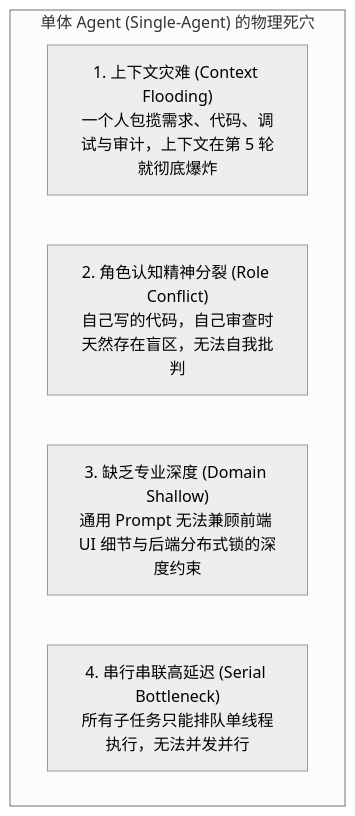
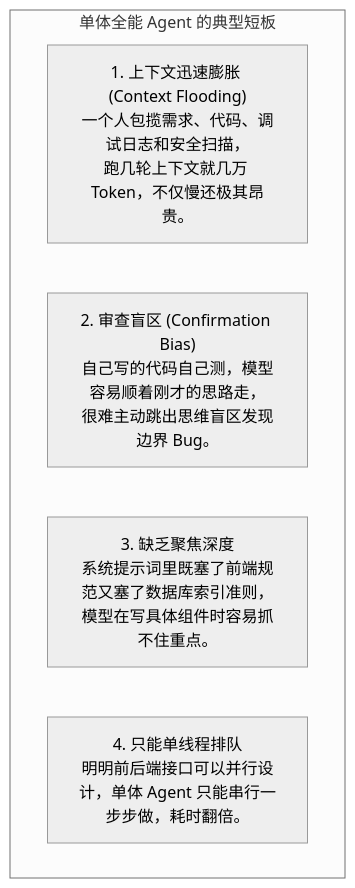
Before and after one commit to ljh12138164/ai-agent-study: the first of 3 diagrams in app/ch10-multi-agent/01-multi-agent-topologies/page.mdx, drawn with Mermaid (neutral theme). The commit also changed other lines of this file and 43 other files, not shown here.

````diff
--- a/app/ch10-multi-agent/01-multi-agent-topologies/page.mdx
+++ b/app/ch10-multi-agent/01-multi-agent-topologies/page.mdx
@@ -14,9 +13,9 @@
 ```mermaid
-graph TD
-    subgraph MonolithFailure["单体 Agent (Single-Agent) 的物理死穴"]
-        F1["1. 上下文灾难 (Context Flooding)<br/>一个人包揽需求、代码、调试与审计，上下文在第 5 轮就彻底爆炸"]
-        F2["2. 角色认知精神分裂 (Role Conflict)<br/>自己写的代码，自己审查时天然存在盲区，无法自我批判"]
-        F3["3. 缺乏专业深度 (Domain Shallow)<br/>通用 Prompt 无法兼顾前端 UI 细节与后端分布式锁的深度约束"]
-        F4["4. 串行串联高延迟 (Serial Bottleneck)<br/>所有子任务只能排队单线程执行，无法并发并行"]
+flowchart TD
+    subgraph Bottlenecks["单体全能 Agent 的典型短板"]
+        B1["1. 上下文迅速膨胀 (Context Flooding)<br/>一个人包揽需求、代码、调试日志和安全扫描，<br/>跑几轮上下文就几万 Token，不仅慢还极其昂贵。"]
+        B2["2. 审查盲区 (Confirmation Bias)<br/>自己写的代码自己测，模型容易顺着刚才的思路走，<br/>很难主动跳出思维盲区发现边界 Bug。"]
+        B3["3. 缺乏聚焦深度<br/>系统提示词里既塞了前端规范又塞了数据库索引准则，<br/>模型在写具体组件时容易抓不住重点。"]
+        B4["4. 只能单线程排队<br/>明明前后端接口可以并行设计，单体 Agent 只能串行一步步做，耗时翻倍。"]
     end
 ```
````
